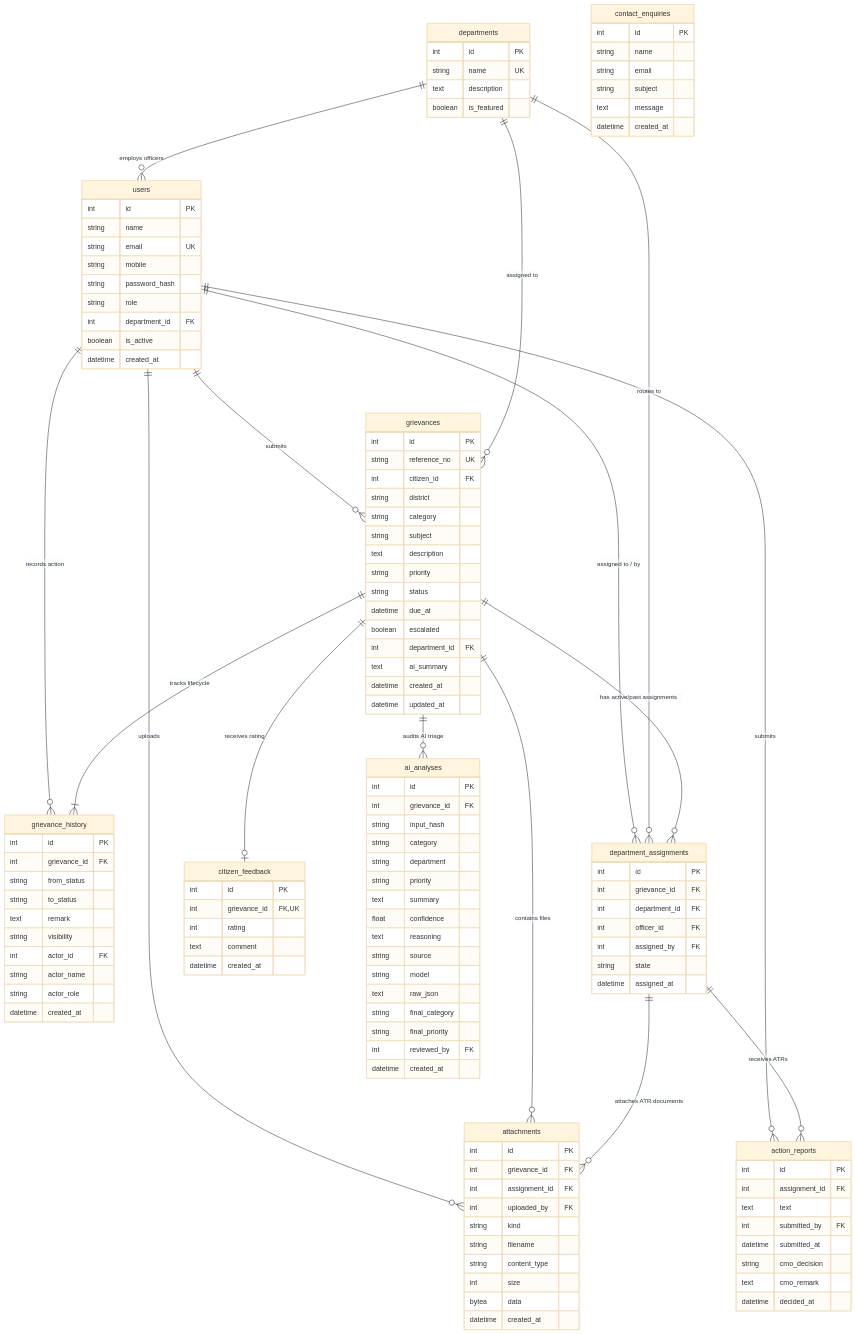
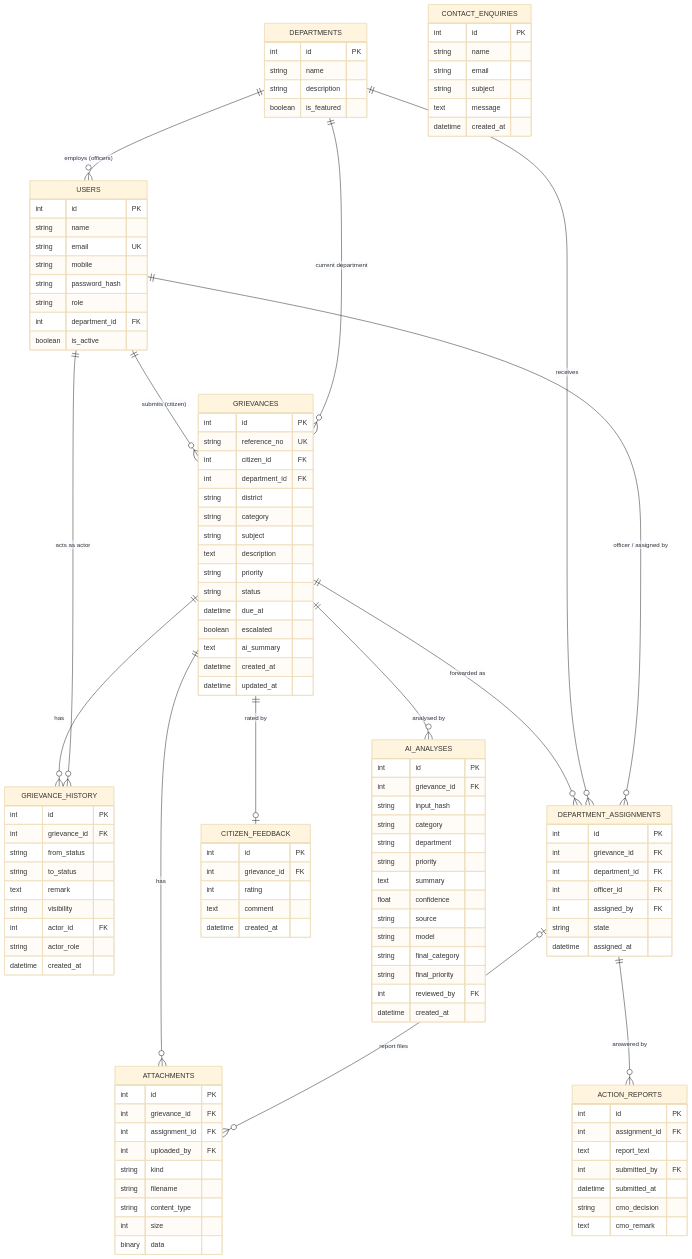
Before and after one commit to HassanCodesIt/public-grievance-portal: the diagram in DOCUMENTATION/03_Database_Design.md, drawn with Mermaid (base theme). The commit also changed other lines of this file and 8 other files, not shown here.

Commit message:
docs: update full documentation suite and architecture diagrams

````diff
--- a/DOCUMENTATION/03_Database_Design.md
+++ b/DOCUMENTATION/03_Database_Design.md
@@ -5,140 +30,121 @@
 ```mermaid
 erDiagram
-    users ||--o{ grievances : "submits"
-    users ||--o{ grievance_history : "records action"
-    users ||--o{ department_assignments : "assigned to / by"
-    users ||--o{ action_reports : "submits"
-    users ||--o{ attachments : "uploads"
-    departments ||--o{ users : "employs officers"
-    departments ||--o{ grievances : "assigned to"
-    departments ||--o{ department_assignments : "routes to"
+  USERS ||--o{ GRIEVANCES : "submits (citizen)"
+  DEPARTMENTS ||--o{ USERS : "employs (officers)"
+  DEPARTMENTS ||--o{ GRIEVANCES : "current department"
+  GRIEVANCES ||--o{ GRIEVANCE_HISTORY : "has"
+  USERS ||--o{ GRIEVANCE_HISTORY : "acts as actor"
+  GRIEVANCES ||--o{ DEPARTMENT_ASSIGNMENTS : "forwarded as"
+  DEPARTMENTS ||--o{ DEPARTMENT_ASSIGNMENTS : "receives"
+  USERS ||--o{ DEPARTMENT_ASSIGNMENTS : "officer / assigned by"
+  DEPARTMENT_ASSIGNMENTS ||--o{ ACTION_REPORTS : "answered by"
+  GRIEVANCES ||--o{ ATTACHMENTS : "has"
+  DEPARTMENT_ASSIGNMENTS |o--o{ ATTACHMENTS : "report files"
+  GRIEVANCES ||--o| CITIZEN_FEEDBACK : "rated by"
+  GRIEVANCES ||--o{ AI_ANALYSES : "analysed by"
 
-    grievances ||--|{ grievance_history : "tracks lifecycle"
-    grievances ||--o{ department_assignments : "has active/past assignments"
-    grievances ||--o{ attachments : "contains files"
-    grievances ||--o| citizen_feedback : "receives rating"
-    grievances ||--o{ ai_analyses : "audits AI triage"
-
-    department_assignments ||--o{ action_reports : "receives ATRs"
-    department_assignments ||--o{ attachments : "attaches ATR documents"
-
-    users {
-        int id PK
-        string name
-        string email UK
-        string mobile
-        string password_hash
-        string role
-        int department_id FK
-        boolean is_active
-        datetime created_at
-    }
-
-    departments {
-        int id PK
-        string name UK
-        text description
-        boolean is_featured
-    }
-
-    grievances {
-        int id PK
-        string reference_no UK
-        int citizen_id FK
-        string district
-        string category
-        string subject
-        text description
-        string priority
-        string status
-        datetime due_at
-        boolean escalated
-        int department_id FK
-        text ai_summary
-        datetime created_at
-        datetime updated_at
-    }
-
-    grievance_history {
-        int id PK
-        int grievance_id FK
-        string from_status
-        string to_status
-        text remark
-        string visibility
-        int actor_id FK
-        string actor_name
-        string actor_role
-        datetime created_at
-    }
-
-    department_assignments {
-        int id PK
-        int grievance_id FK
-        int department_id FK
-        int officer_id FK
-        int assigned_by FK
-        string state
-        datetime assigned_at
-    }
-
-    attachments {
-        int id PK
-        int grievance_id FK
-        int assignment_id FK
-        int uploaded_by FK
-        string kind
-        string filename
-        string content_type
-        int size
-        bytea data
-        datetime created_at
-    }
-
-    action_reports {
-        int id PK
-        int assignment_id FK
-        text text
-        int submitted_by FK
-        datetime submitted_at
-        string cmo_decision
-        text cmo_remark
-        datetime decided_at
-    }
-
-    citizen_feedback {
-        int id PK
-        int grievance_id FK,UK
-        int rating
-        text comment
-        datetime created_at
-    }
-
-    contact_enquiries {
-        int id PK
-        string name
-        string email
-        string subject
-        text message
-        datetime created_at
-    }
-
-    ai_analyses {
-        int id PK
-        int grievance_id FK
-        string input_hash
-        string category
-        string department
-        string priority
-        text summary
-        float confidence
-        text reasoning
-        string source
-        string model
-        text raw_json
-        string final_category
-        string final_priority
-        int reviewed_by FK
-        datetime created_at
-    }
+  USERS {
+    int id PK
+    string name
+    string email UK
+    string mobile
+    string password_hash
+    string role
+    int department_id FK
+    boolean is_active
+  }
+  DEPARTMENTS {
+    int id PK
+    string name
+    string description
+    boolean is_featured
+  }
+  GRIEVANCES {
+    int id PK
+    string reference_no UK
+    int citizen_id FK
+    int department_id FK
+    string district
+    string category
+    string subject
+    text description
+    string priority
+    string status
+    datetime due_at
+    boolean escalated
+    text ai_summary
+    datetime created_at
+    datetime updated_at
+  }
+  GRIEVANCE_HISTORY {
+    int id PK
+    int grievance_id FK
+    string from_status
+    string to_status
+    text remark
+    string visibility
+    int actor_id FK
+    string actor_role
+    datetime created_at
+  }
+  DEPARTMENT_ASSIGNMENTS {
+    int id PK
+    int grievance_id FK
+    int department_id FK
+    int officer_id FK
+    int assigned_by FK
+    string state
+    datetime assigned_at
+  }
+  ACTION_REPORTS {
+    int id PK
+    int assignment_id FK
+    text report_text
+    int submitted_by FK
+    datetime submitted_at
+    string cmo_decision
+    text cmo_remark
+  }
+  ATTACHMENTS {
+    int id PK
+    int grievance_id FK
+    int assignment_id FK
+    int uploaded_by FK
+    string kind
+    string filename
+    string content_type
+    int size
+    binary data
+  }
+  CITIZEN_FEEDBACK {
+    int id PK
+    int grievance_id FK
+    int rating
+    text comment
+    datetime created_at
+  }
+  AI_ANALYSES {
+    int id PK
+    int grievance_id FK
+    string input_hash
+    string category
+    string department
+    string priority
+    text summary
+    float confidence
+    string source
+    string model
+    string final_category
+    string final_priority
+    int reviewed_by FK
+    datetime created_at
+  }
+  CONTACT_ENQUIRIES {
+    int id PK
+    string name
+    string email
+    string subject
+    text message
+    datetime created_at
+  }
 ```
````
